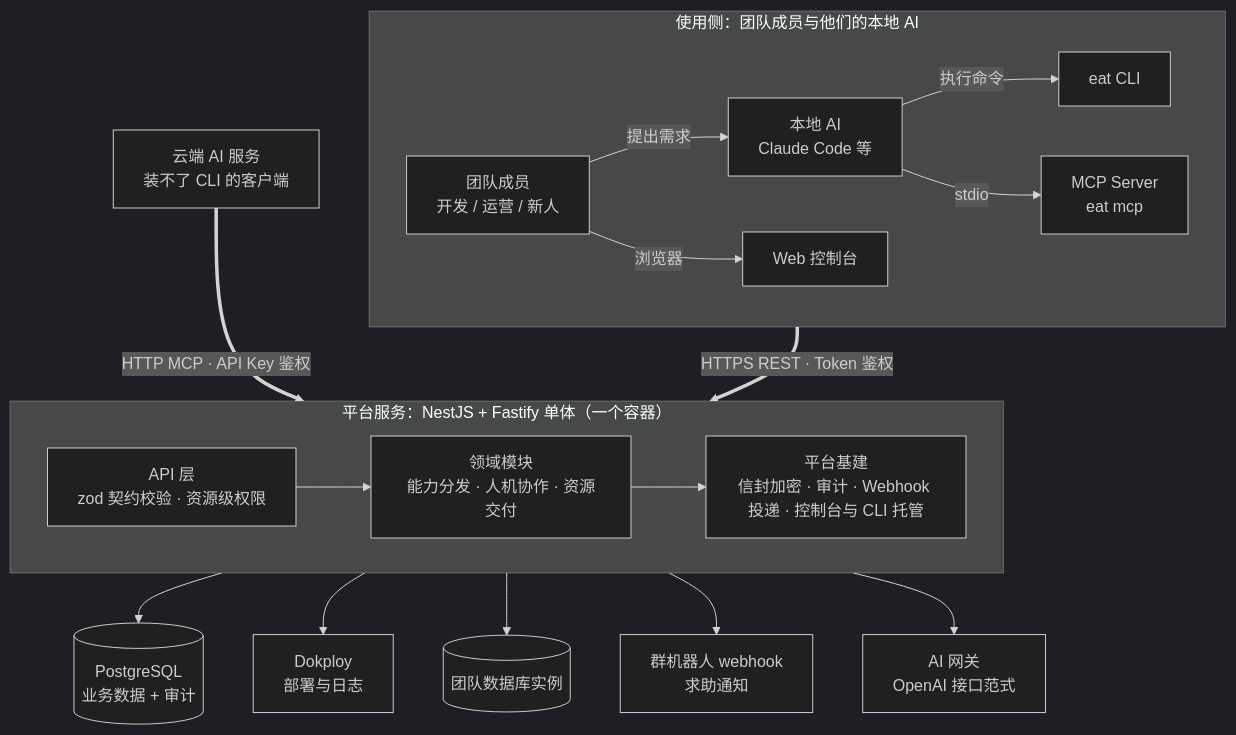
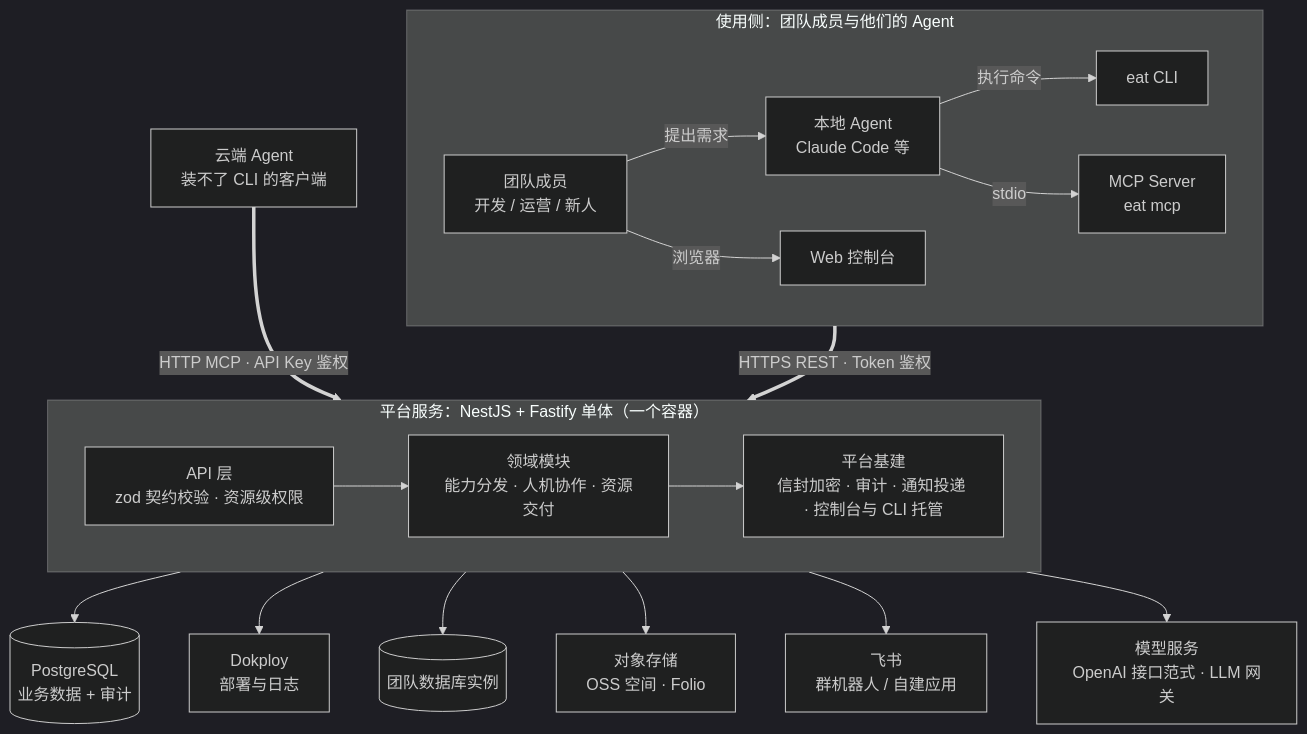
The diagram in README.md (othorizon/easy-agent-team), drawn with Mermaid (dark theme) before and after one commit. The commit also changed other lines of this file and 32 other files, not shown here.

First line of the commit message:
docs: README 重构为对外门面页，截图与录屏全部重拍

````diff
--- a/README.md
+++ b/README.md
@@ -53,32 +110,33 @@
 ```mermaid
 flowchart TB
-    subgraph U["使用侧：团队成员与他们的本地 AI"]
+    subgraph U["使用侧：团队成员与他们的 Agent"]
         direction LR
         P["团队成员<br/>开发 / 运营 / 新人"]
-        AI["本地 AI<br/>Claude Code 等"]
+        AI["本地 Agent<br/>Claude Code 等"]
         CLI["eat CLI"]
         MCPS["MCP Server<br/>eat mcp"]
         WEB["Web 控制台"]
         P -->|"提出需求"| AI
         P -->|"浏览器"| WEB
         AI -->|"执行命令"| CLI
         AI -->|"stdio"| MCPS
     end
 
-    CLOUD["云端 AI 服务<br/>装不了 CLI 的客户端"] ==>|"HTTP MCP · API Key 鉴权"| S
+    CLOUD["云端 Agent<br/>装不了 CLI 的客户端"] ==>|"HTTP MCP · API Key 鉴权"| S
 
     U ==>|"HTTPS REST · Token 鉴权"| S
 
     subgraph S["平台服务：NestJS + Fastify 单体（一个容器）"]
         API["API 层<br/>zod 契约校验 · 资源级权限"]
         DOM["领域模块<br/>能力分发 · 人机协作 · 资源交付"]
-        INF["平台基建<br/>信封加密 · 审计 · Webhook 投递 · 控制台与 CLI 托管"]
+        INF["平台基建<br/>信封加密 · 审计 · 通知投递 · 控制台与 CLI 托管"]
         API --> DOM --> INF
     end
 
     S --> PG[("PostgreSQL<br/>业务数据 + 审计")]
     S --> DOK["Dokploy<br/>部署与日志"]
     S --> TDB[("团队数据库实例")]
-    S --> IM["群机器人 webhook<br/>求助通知"]
-    S --> LLM["AI 网关<br/>OpenAI 接口范式"]
+    S --> OSS["对象存储<br/>OSS 空间 · Folio"]
+    S --> IM["飞书<br/>群机器人 / 自建应用"]
+    S --> LLM["模型服务<br/>OpenAI 接口范式 · LLM 网关"]
 ```
````
